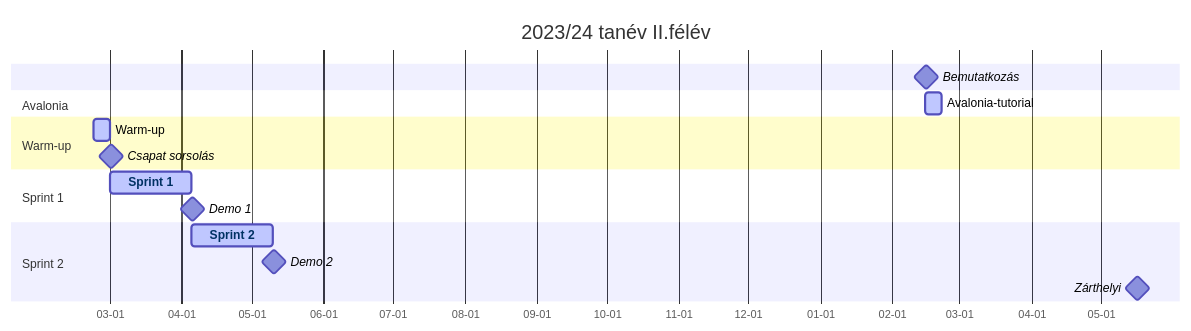
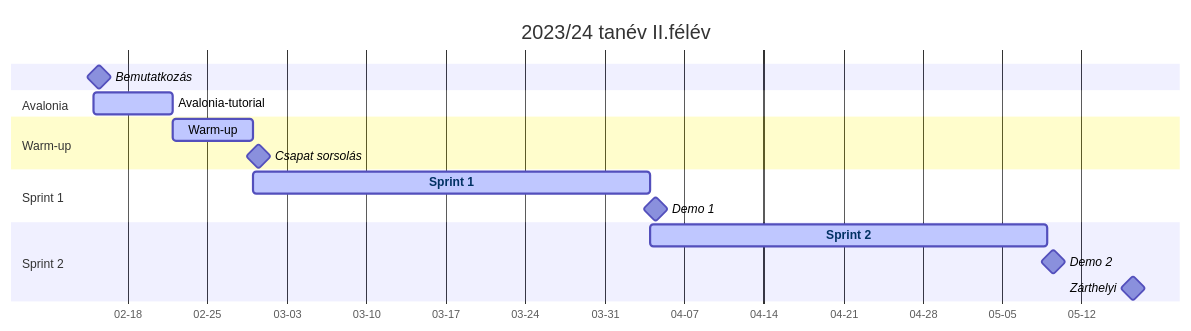
One commit to zsalab-oe/handout-2024-tavasz changed the diagram in src/schedule.md. Above: the diagram before and after it, drawn with Mermaid.

Commit message:
Schedule update fixed

```diff
--- a/src/schedule.md
+++ b/src/schedule.md
@@ -34,21 +34,21 @@
 <div class="mermaid">
     gantt
     dateFormat  YYYY-MM-DD
     axisFormat  %m-%d
     title 2023/24 tanév II.félév
     Bemutatkozás :milestone, 2024-02-15, 1d
     section Avalonia
         Avalonia-tutorial: active, avalonia-tutorial, 2024-02-15, 1w
     section Warm-up
-        Warm-up :active, warmup, 2023-02-22, 1w
+        Warm-up :active, warmup, 2024-02-22, 1w
     Csapat sorsolás :milestone, after warmup, 1d
     section Sprint 1
         Sprint 1 :active, sprint1, after warmup, 5w
     Demo 1 :milestone, after sprint1, 1d
     section Sprint 2
         Sprint 2 :active, sprint2, after sprint1, 5w
     Demo 2 :milestone, after sprint2, 1d
     Zárthelyi :milestone, 2024-05-16, 1d
     click sprint1 href "./sprint_1.html"
     click sprint2 href "./sprint_2.html"
 </div>
```
